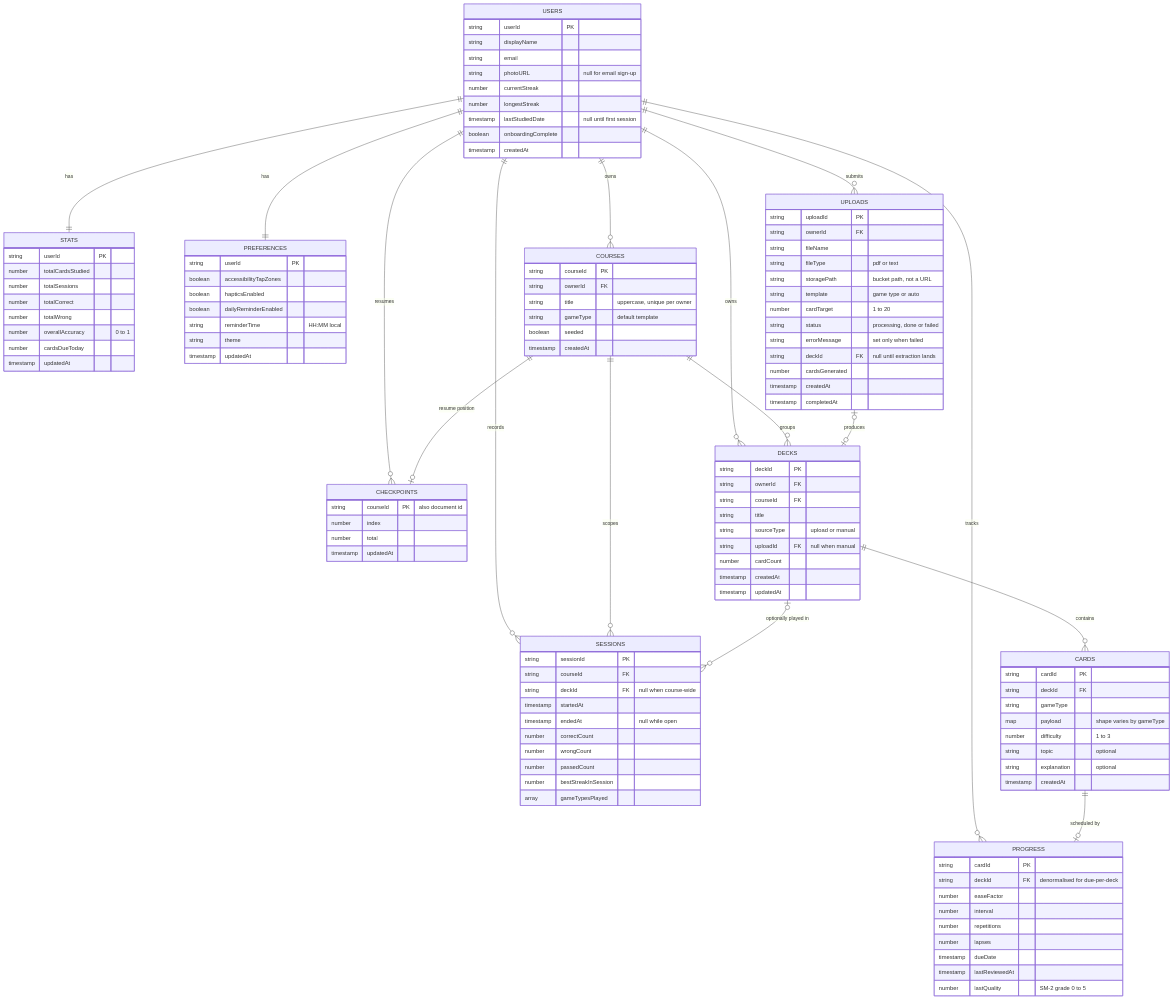
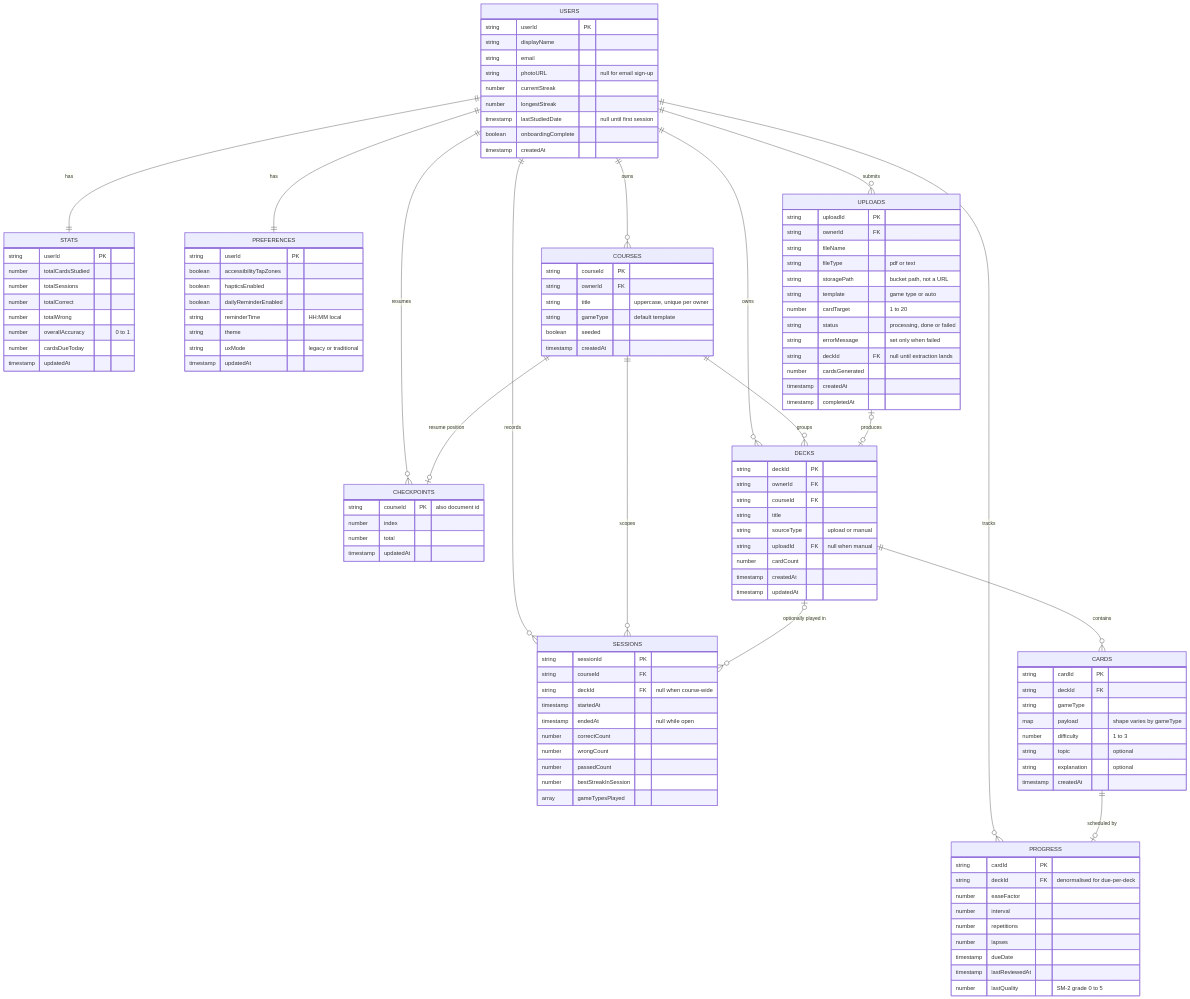
One commit to wrapperik/cardinal changed the diagram in docs/erd.md. Above: the diagram before and after it, drawn with Mermaid. The commit also changed 18 other files, not shown here.

First line of the commit message:
Add Traditional UX mode alongside Legacy UX

```diff
--- a/docs/erd.md
+++ b/docs/erd.md
@@ -58,6 +58,7 @@
         boolean dailyReminderEnabled
         string reminderTime "HH:MM local"
         string theme
+        string uxMode "legacy or traditional"
         timestamp updatedAt
     }
 
```
